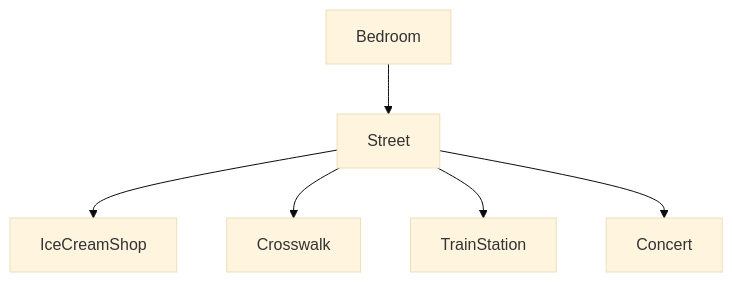
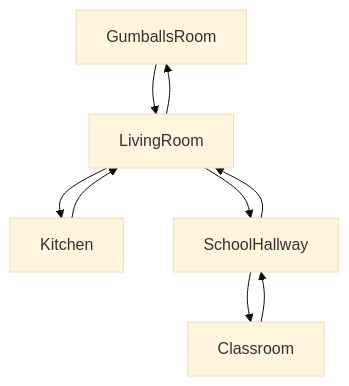
One commit to alberth0o0/alberth0o0.github.io changed the diagram in projects/game/README.md. Above: the diagram before and after it, drawn with Mermaid (base theme). The commit also changed other lines of this file and 1 other file, not shown here.

````diff
--- a/projects/game/README.md
+++ b/projects/game/README.md
@@ -13,8 +7,12 @@
 ```mermaid
 graph TD;
-    Bedroom-->Street;
-    Street-->IceCreamShop;
-    Street-->Crosswalk;
-    Street-->TrainStation;
-    Street-->Concert;
+    GumballsRoom-->LivingRoom;
+    LivingRoom-->GumballsRoom;
+
+    LivingRoom-->Kitchen;
+    Kitchen-->LivingRoom;
+    LivingRoom-->SchoolHallway;
+    SchoolHallway-->LivingRoom
+    SchoolHallway-->Classroom;
+    Classroom-->SchoolHallway
 ```
````
